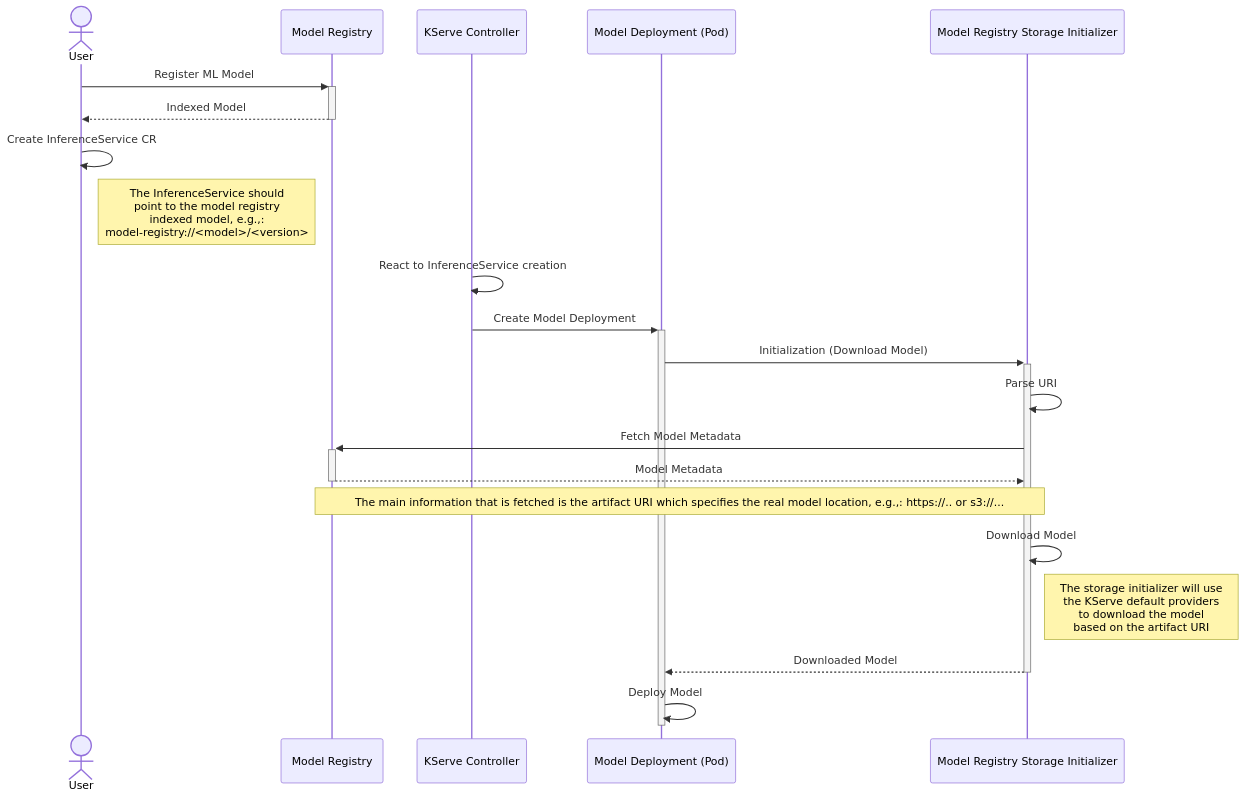
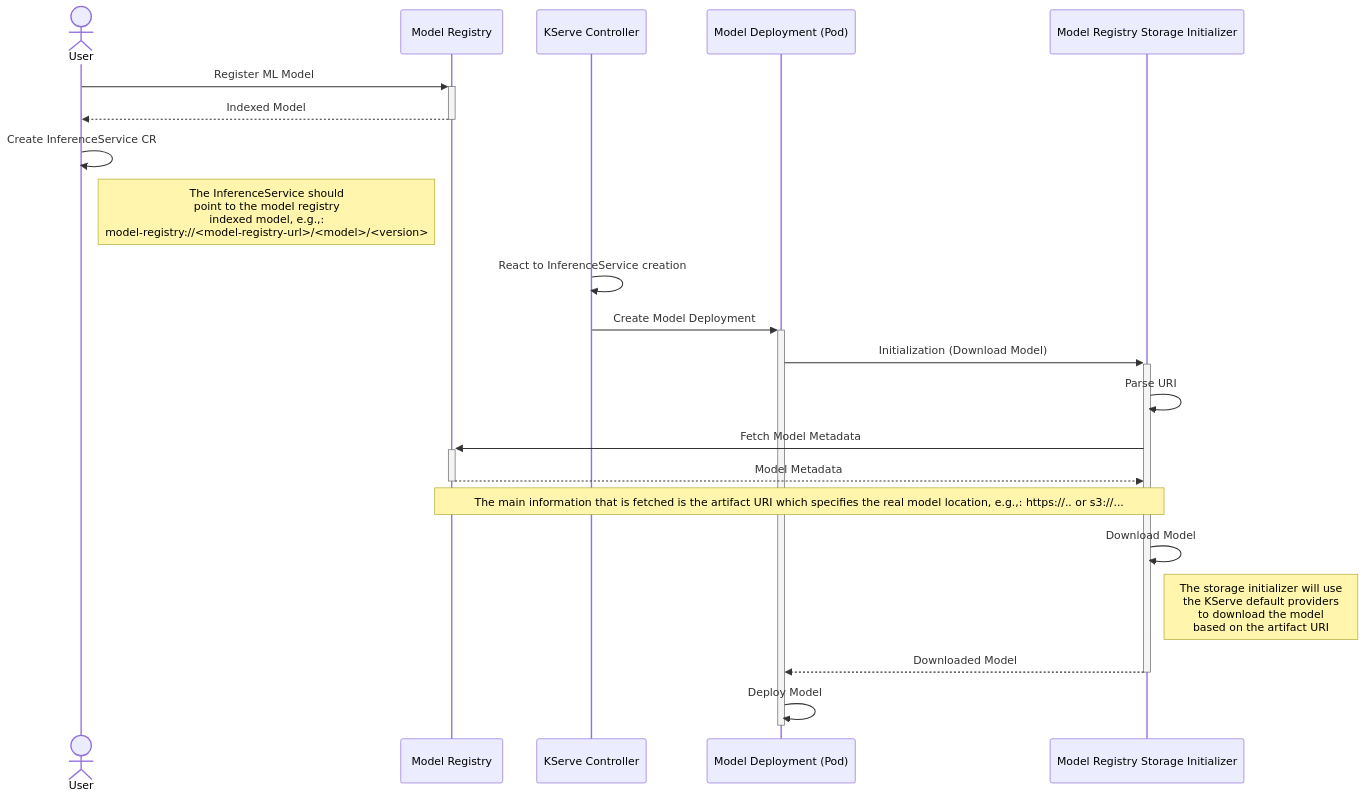
Before and after one commit to hanzo-ml/hub: the diagram in csi/README.md, drawn with Mermaid. The commit also changed other lines of this file and 7 other files, not shown here.

````diff
--- a/csi/README.md
+++ b/csi/README.md
@@ -21,23 +21,23 @@
 ```mermaid
 sequenceDiagram
     actor U as User
     participant MR as Model Registry
     participant KC as KServe Controller
     participant MD as Model Deployment (Pod)
     participant MRSI as Model Registry Storage Initializer
     U->>+MR: Register ML Model
     MR-->>-U: Indexed Model
     U->>U: Create InferenceService CR
-    Note right of U: The InferenceService should<br/>point to the model registry<br/>indexed model, e.g.,:<br/> model-registry://<model>/<version>
+    Note right of U: The InferenceService should<br/>point to the model registry<br/>indexed model, e.g.,:<br/> model-registry://<model-registry-url>/<model>/<version>
     KC->>KC: React to InferenceService creation
     KC->>+MD: Create Model Deployment
     MD->>+MRSI: Initialization (Download Model)
     MRSI->>MRSI: Parse URI
     MRSI->>+MR: Fetch Model Metadata
     MR-->>-MRSI: Model Metadata
     Note over MR,MRSI: The main information that is fetched is the artifact URI which specifies the real model location, e.g.,: https://.. or s3://...
     MRSI->>MRSI: Download Model
     Note right of MRSI: The storage initializer will use<br/> the KServe default providers<br/> to download the model<br/> based on the artifact URI
     MRSI-->>-MD: Downloaded Model
     MD->>-MD: Deploy Model
 ```
````
